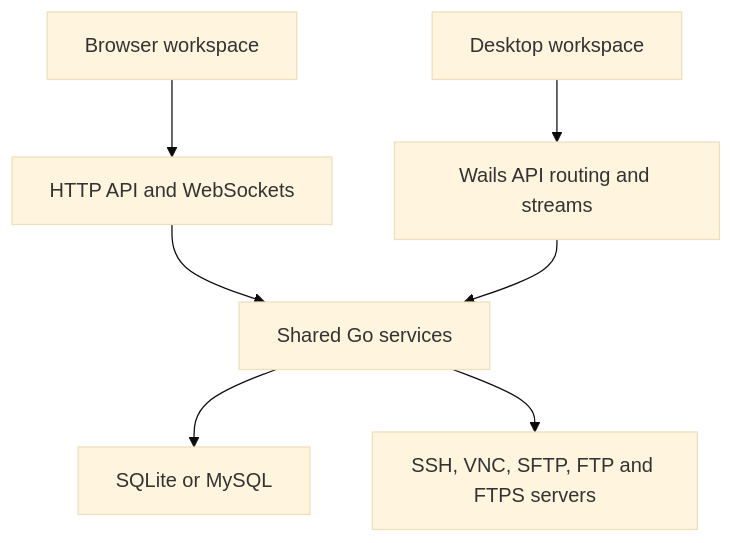
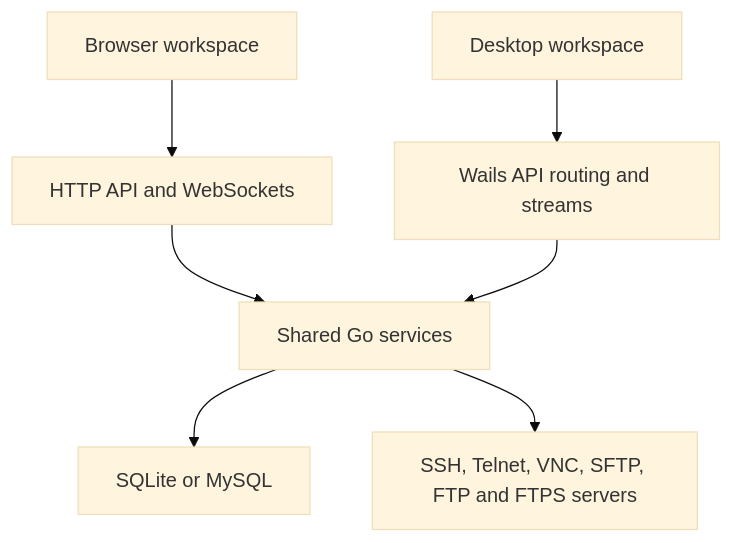
Before and after one commit to AkmalFairuz/lightremote: the diagram in docs/architecture.md, drawn with Mermaid (base theme). The commit also changed other lines of this file and 48 other files, not shown here.

````diff
--- a/docs/architecture.md
+++ b/docs/architecture.md
@@ -7,9 +7,9 @@
 ```mermaid
 flowchart TD
     Browser[Browser workspace] --> HTTP[HTTP API and WebSockets]
     Desktop[Desktop workspace] --> Native[Wails API routing and streams]
     HTTP --> Services[Shared Go services]
     Native --> Services
     Services --> Database[SQLite or MySQL]
-    Services --> Remote[SSH, VNC, SFTP, FTP and FTPS servers]
+    Services --> Remote[SSH, Telnet, VNC, SFTP, FTP and FTPS servers]
 ```
````
